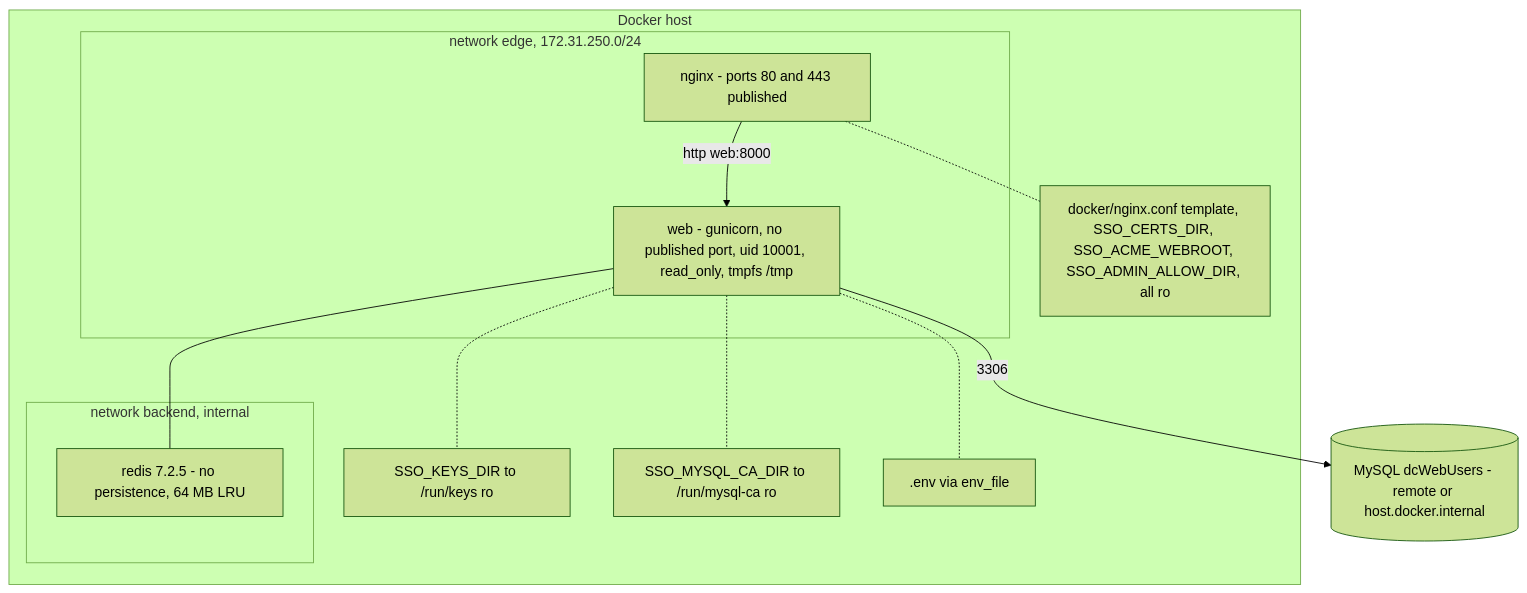
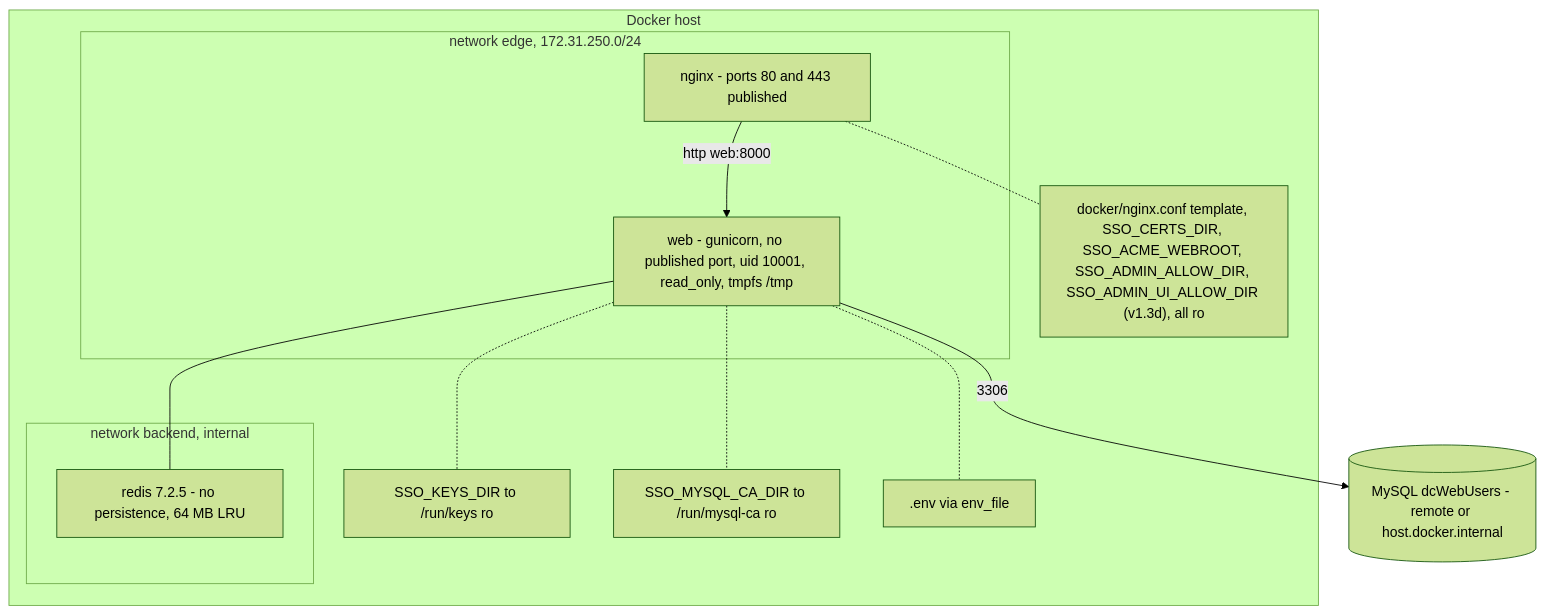
One commit to Neural-Matrix-LLC/SSO-server changed diagram 35 of 35 in docs/ARCHITECTURE.md. Above: the diagram before and after it, drawn with Mermaid (forest theme). The commit also changed other lines of this file and 2 other files, not shown here.

Commit message:
docs(architecture, api-reference): v1.3d SSO admin web UI, shared admin_ops layer, audit channel

````diff
--- a/docs/ARCHITECTURE.md
+++ b/docs/ARCHITECTURE.md
@@ -1598,22 +1627,22 @@
 ```mermaid
 flowchart TB
   subgraph Host["Docker host"]
     subgraph Edge["network edge, 172.31.250.0/24"]
       NG["nginx - ports 80 and 443 published"]
       WEB["web - gunicorn, no published port, uid 10001, read_only, tmpfs /tmp"]
     end
     subgraph Back["network backend, internal"]
       RE["redis 7.2.5 - no persistence, 64 MB LRU"]
     end
     V1["SSO_KEYS_DIR to /run/keys ro"]
     V2["SSO_MYSQL_CA_DIR to /run/mysql-ca ro"]
-    V3["docker/nginx.conf template, SSO_CERTS_DIR, SSO_ACME_WEBROOT, SSO_ADMIN_ALLOW_DIR, all ro"]
+    V3["docker/nginx.conf template, SSO_CERTS_DIR, SSO_ACME_WEBROOT, SSO_ADMIN_ALLOW_DIR, SSO_ADMIN_UI_ALLOW_DIR (v1.3d), all ro"]
     ENV[".env via env_file"]
   end
   DB[("MySQL dcWebUsers - remote or host.docker.internal")]
   NG -- "http web:8000" --> WEB
   WEB --- RE
   WEB -.- V1 & V2 & ENV
   NG -.- V3
   WEB -- "3306" --> DB
 ```
````
